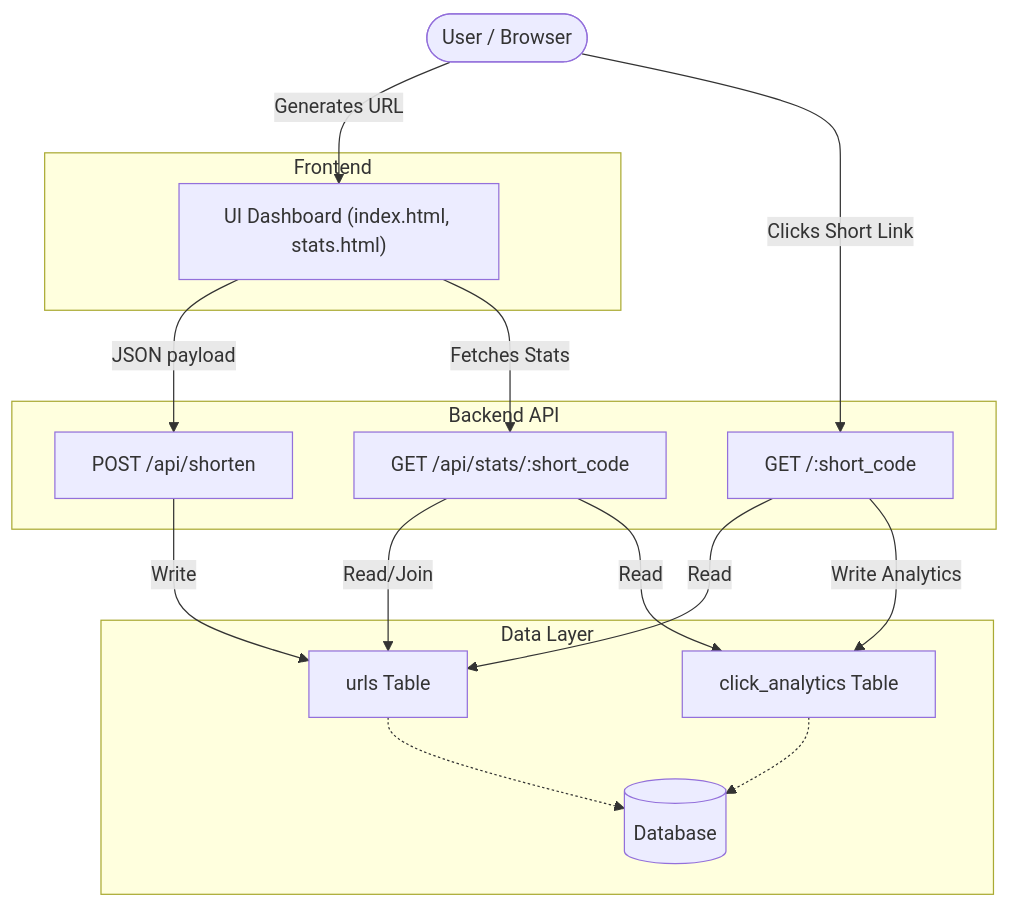
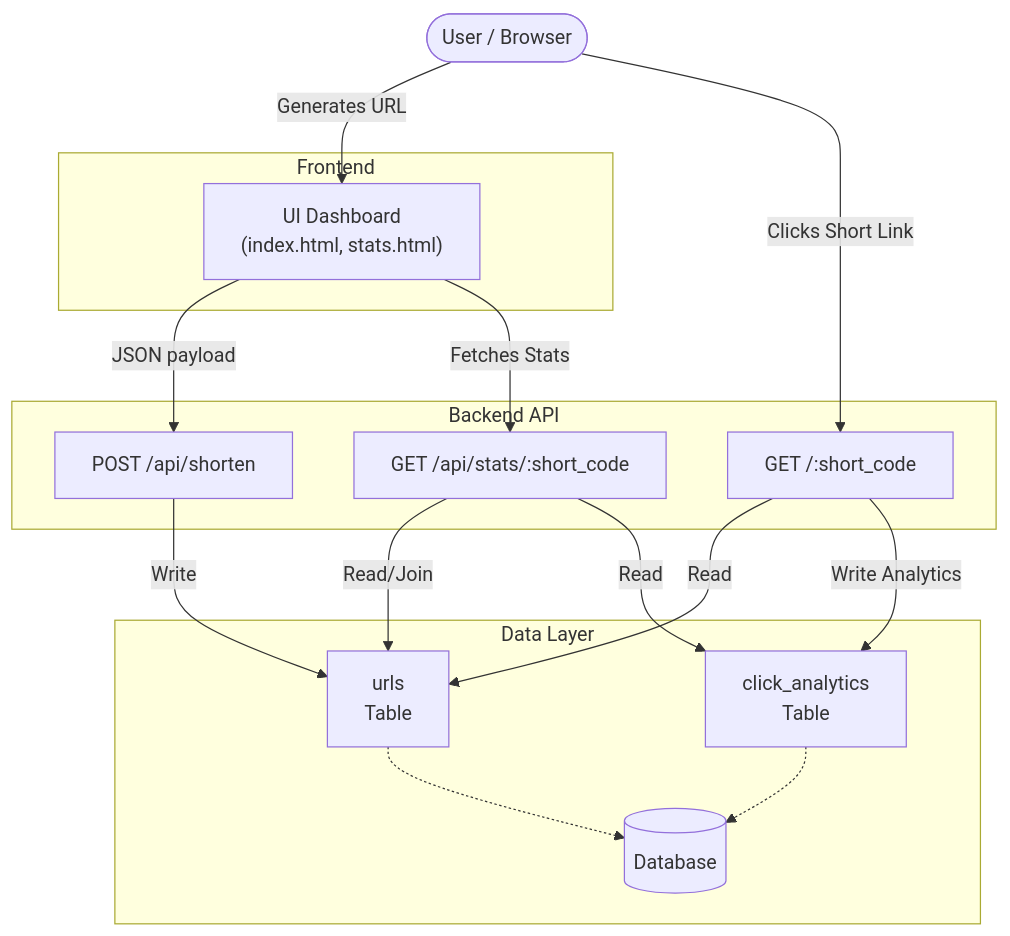
One commit to pocper1/url_shortener changed the diagram in README.md. Above: the diagram before and after it, drawn with Mermaid.

Commit message:
docs: improve Mermaid diagram readability by adding line breaks to node labels

````diff
--- a/README.md
+++ b/README.md
@@ -18,34 +18,34 @@
 ```mermaid
 flowchart TD
     User([User / Browser])
     
     subgraph sublayer [Frontend]
-        UI["UI Dashboard (index.html, stats.html)"]
+        UI["UI Dashboard<br/>(index.html, stats.html)"]
     end
     
     subgraph sublayer2 [Backend API]
         APIShorten["POST /api/shorten"]
         APIRedirect["GET /:short_code"]
         APIStats["GET /api/stats/:short_code"]
     end
 
     subgraph sublayer3 [Data Layer]
         DB[(Database)]
-        TableURL[urls Table]
-        TableClick[click_analytics Table]
+        TableURL[urls<br/>Table]
+        TableClick[click_analytics<br/>Table]
     end
 
     User -->|Generates URL| UI
     User -->|Clicks Short Link| APIRedirect
     UI -->|JSON payload| APIShorten
     UI -->|Fetches Stats| APIStats
     
     APIShorten -->|Write| TableURL
     APIRedirect -->|Read| TableURL
     APIRedirect -->|Write Analytics| TableClick
     APIStats -->|Read/Join| TableURL
     APIStats -->|Read| TableClick
     
     TableURL -.-> DB
     TableClick -.-> DB
 ```
````
